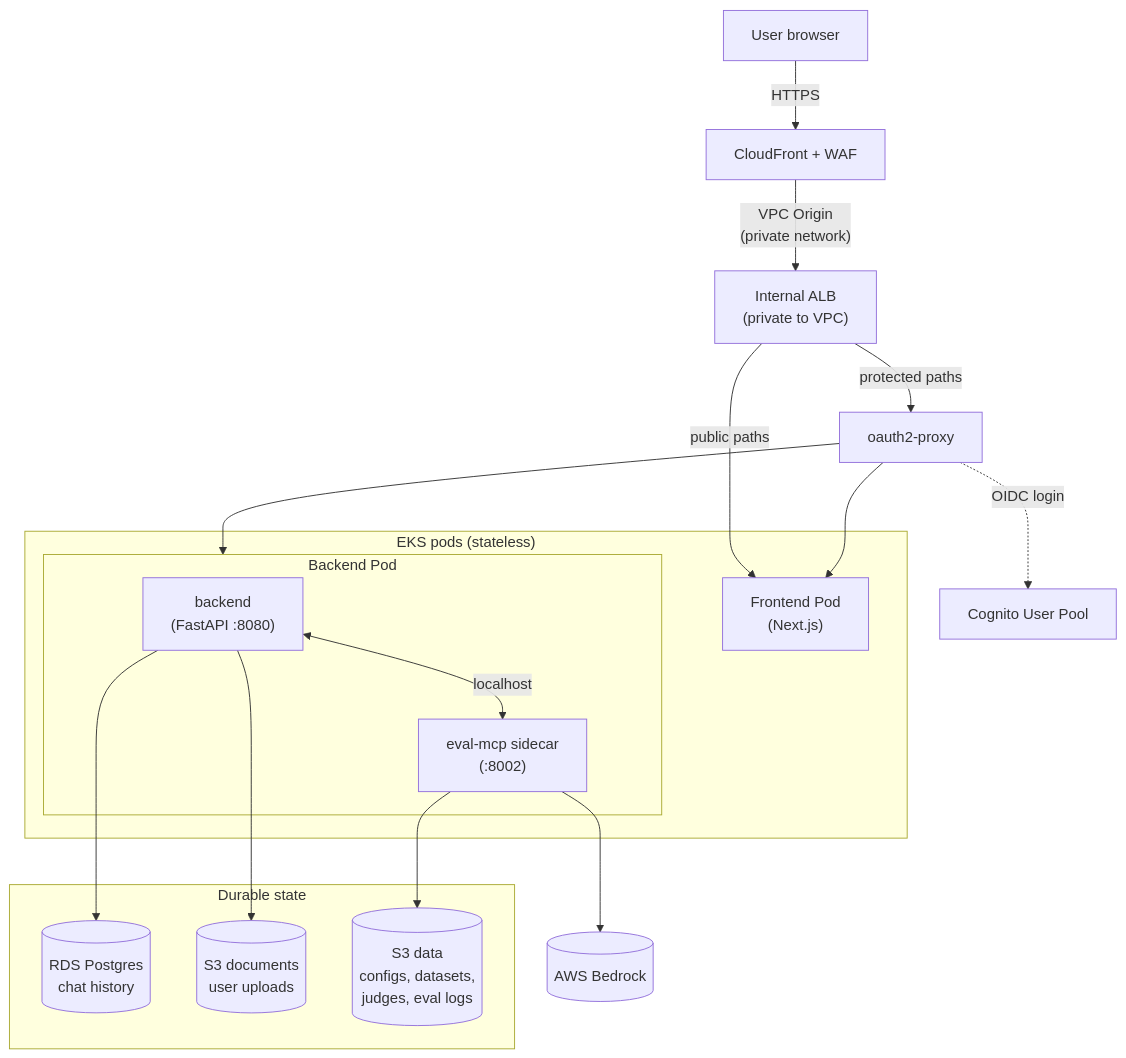
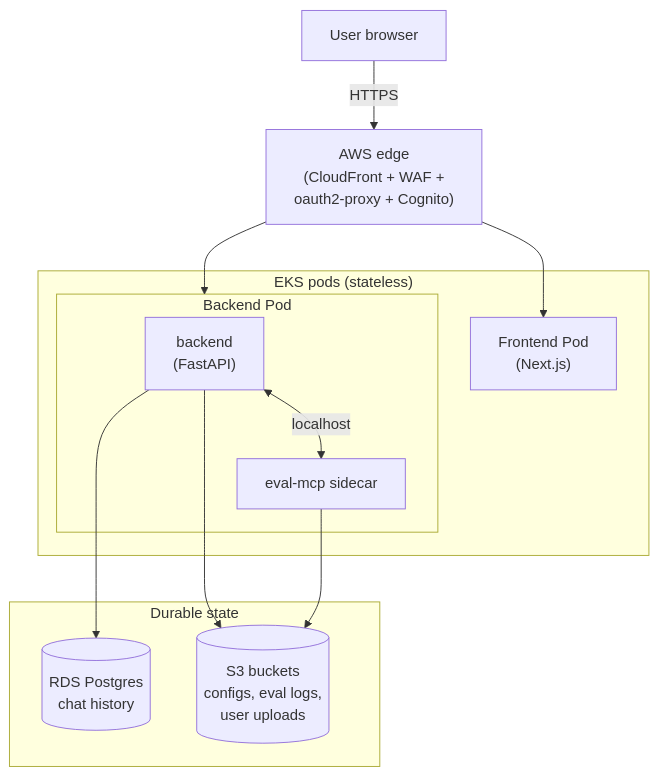
The third of 3 diagrams in ARCHITECTURE.md (awslabs/llm-evaluation-system), drawn with Mermaid before and after one commit.

First paragraph of the commit message:
docs(architecture): simplify EKS diagram to architectural essentials
Diagram 3 was still trying to be a complete service inventory
(CloudFront, WAF, ALB, oauth2-proxy, Cognito, RDS, two S3 buckets,
Bedrock) when really only a few things in there are architectural
decisions worth highlighting:

````diff
--- a/ARCHITECTURE.md
+++ b/ARCHITECTURE.md
@@ -113,42 +113,26 @@
 ```mermaid
 flowchart TB
-    %% Ingress
     User["User browser"]
-    CF["CloudFront + WAF"]
-    ALB["Internal ALB<br/>(private to VPC)"]
-    OAuth["oauth2-proxy"]
-    Cognito["Cognito User Pool"]
+    Edge["AWS edge<br/>(CloudFront + WAF +<br/>oauth2-proxy + Cognito)"]
 
-    %% Pods (stateless tier)
     subgraph Pods["EKS pods (stateless)"]
         Frontend["Frontend Pod<br/>(Next.js)"]
         subgraph BackendPod["Backend Pod"]
-            BE["backend<br/>(FastAPI :8080)"]
-            MCP["eval-mcp sidecar<br/>(:8002)"]
+            BE["backend<br/>(FastAPI)"]
+            MCP["eval-mcp sidecar"]
             BE <-->|"localhost"| MCP
         end
     end
 
-    %% Durable tier
     subgraph Durable["Durable state"]
         RDS[("RDS Postgres<br/>chat history")]
-        S3Docs[("S3 documents<br/>user uploads")]
-        S3Data[("S3 data<br/>configs, datasets,<br/>judges, eval logs")]
+        S3[("S3 buckets<br/>configs, eval logs,<br/>user uploads")]
     end
 
-    Bedrock[("AWS Bedrock")]
-
-    %% Flow
-    User -->|"HTTPS"| CF
-    CF -->|"VPC Origin<br/>(private network)"| ALB
-    ALB -->|"public paths"| Frontend
-    ALB -->|"protected paths"| OAuth
-    OAuth -.->|"OIDC login"| Cognito
-    OAuth --> Frontend
-    OAuth --> BackendPod
-
+    User -->|"HTTPS"| Edge
+    Edge --> Frontend
+    Edge --> BackendPod
     BE --> RDS
-    BE --> S3Docs
-    MCP --> S3Data
-    MCP --> Bedrock
+    BE --> S3
+    MCP --> S3
 ```
````
